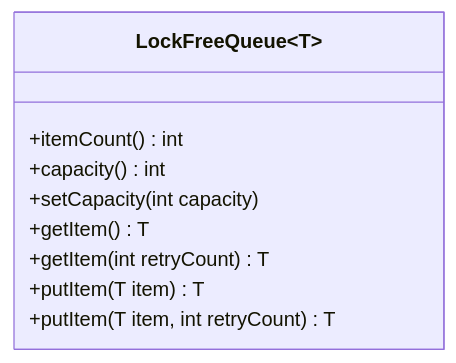
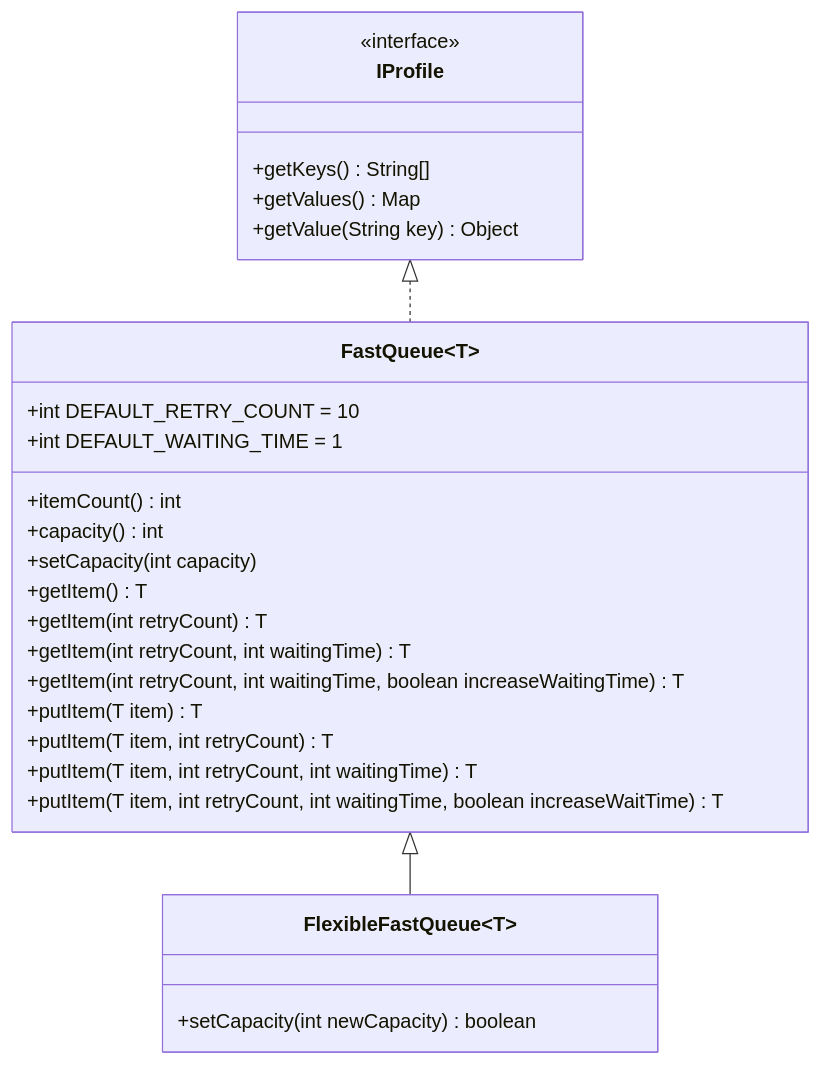
The second of 3 diagrams in design/hd/Thread Pool Based Behavior Execution.md (Inactionware/uapi.doc), drawn with Mermaid before and after one commit. The commit also changed other lines of this file and 1 other file, not shown here.

Commit message:
Adjust design for UTM

````diff
--- a/design/hd/Thread Pool Based Behavior Execution.md
+++ b/design/hd/Thread Pool Based Behavior Execution.md
@@ -91,13 +91,32 @@
 ```mermaid
 classDiagram
 
-class LockFreeQueue~T~ {
+class IProfile {
+	<<interface>>
+	+getKeys() String[]
+	+getValues() Map
+	+getValue(String key) Object
+}
+
+class FastQueue~T~ {
+	+int DEFAULT_RETRY_COUNT = 10
+	+int DEFAULT_WAITING_TIME = 1
 	+itemCount() int
 	+capacity() int
 	+setCapacity(int capacity)
 	+getItem() T
 	+getItem(int retryCount) T
+	+getItem(int retryCount, int waitingTime) T
+	+getItem(int retryCount, int waitingTime, boolean increaseWaitingTime) T
 	+putItem(T item) T
 	+putItem(T item, int retryCount) T
+	+putItem(T item, int retryCount, int waitingTime) T
+	+putItem(T item, int retryCount, int waitingTime, boolean increaseWaitTime) T
 }
+IProfile <|.. FastQueue
+
+class FlexibleFastQueue~T~ {
+	+setCapacity(int newCapacity) boolean
+}
+FastQueue <|-- FlexibleFastQueue
 ```
````
